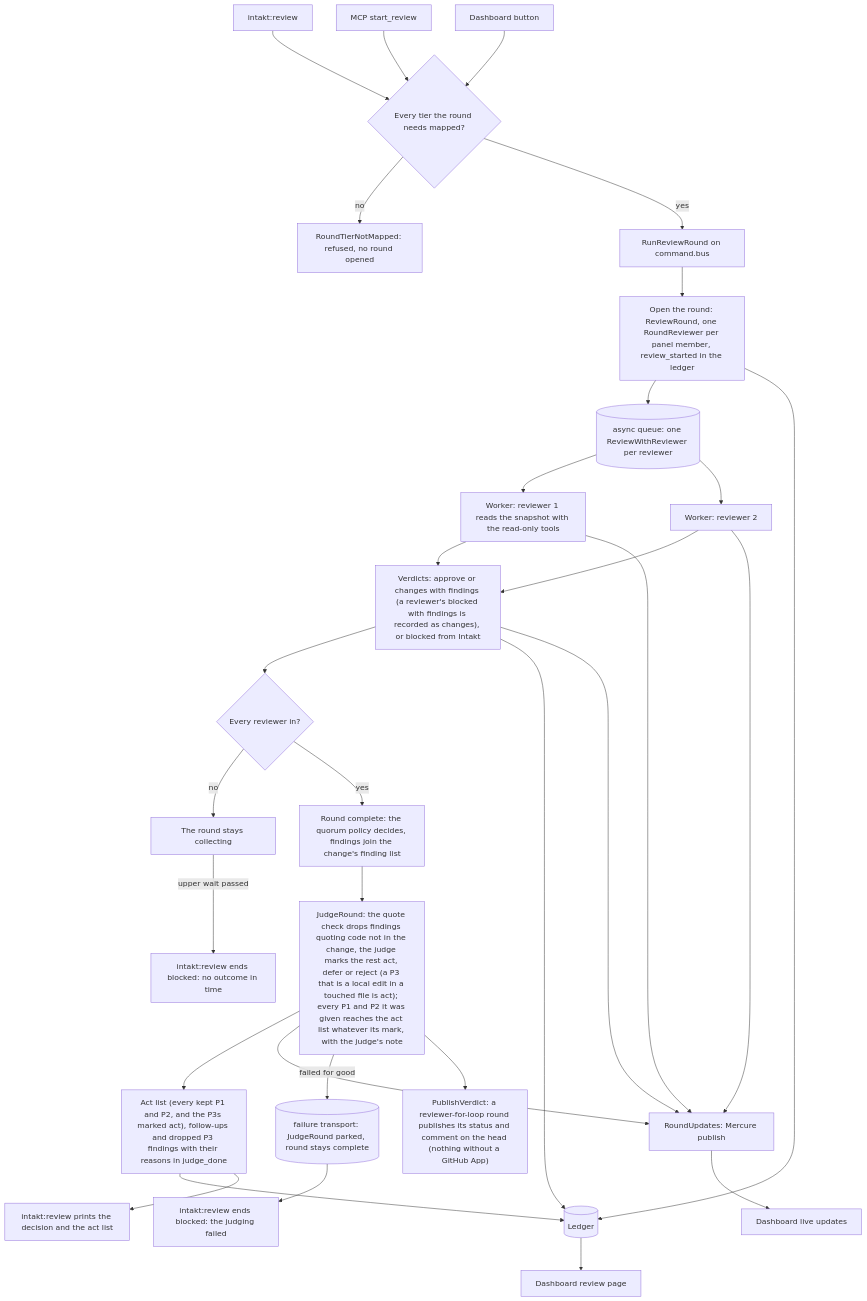
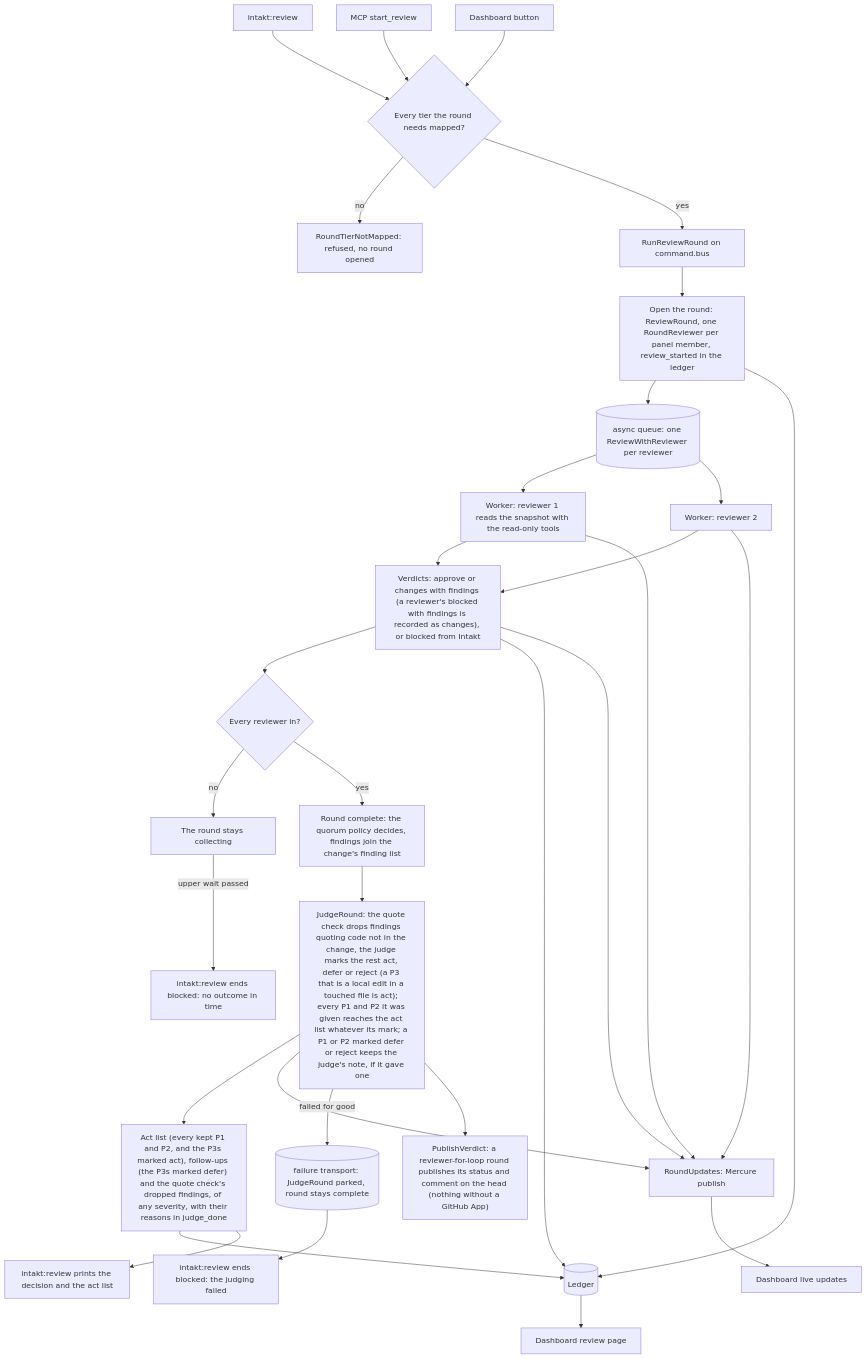
One commit to shinyredapples/intakt changed the diagram in docs/architecture/review-flow.md. Above: the diagram before and after it, drawn with Mermaid.

Commit message:
docs(review): say which findings get a drop reason or a judge note in the review flow

````diff
--- a/docs/architecture/review-flow.md
+++ b/docs/architecture/review-flow.md
@@ -5,32 +5,32 @@
 ```mermaid
 flowchart TD
     cli["intakt:review"] --> start
     mcp["MCP start_review"] --> start
     btn["Dashboard button"] --> start
     start{"Every tier the round needs mapped?"} -->|no| refused["RoundTierNotMapped: refused, no round opened"]
     start -->|yes| run["RunReviewRound on command.bus"] --> open["Open the round: ReviewRound, one RoundReviewer per panel member, review_started in the ledger"]
     open --> queue[("async queue: one ReviewWithReviewer per reviewer")]
     queue --> w1["Worker: reviewer 1 reads the snapshot with the read-only tools"]
     queue --> w2["Worker: reviewer 2"]
     w1 --> verdicts["Verdicts: approve or changes with findings (a reviewer's blocked with findings is recorded as changes), or blocked from Intakt"]
     w2 --> verdicts
     verdicts --> complete{"Every reviewer in?"}
     complete -->|no| wait["The round stays collecting"]
     complete -->|yes| quorum["Round complete: the quorum policy decides, findings join the change's finding list"]
-    quorum --> judge["JudgeRound: the quote check drops findings quoting code not in the change, the judge marks the rest act, defer or reject (a P3 that is a local edit in a touched file is act); every P1 and P2 it was given reaches the act list whatever its mark, with the judge's note"]
-    judge --> act["Act list (every kept P1 and P2, and the P3s marked act), follow-ups and dropped P3 findings with their reasons in judge_done"]
+    quorum --> judge["JudgeRound: the quote check drops findings quoting code not in the change, the judge marks the rest act, defer or reject (a P3 that is a local edit in a touched file is act); every P1 and P2 it was given reaches the act list whatever its mark; a P1 or P2 marked defer or reject keeps the judge's note, if it gave one"]
+    judge --> act["Act list (every kept P1 and P2, and the P3s marked act), follow-ups (the P3s marked defer) and the quote check's dropped findings, of any severity, with their reasons in judge_done"]
     act --> ledger[("Ledger")]
     open --> ledger
     verdicts --> ledger
     ledger --> dash["Dashboard review page"]
     w1 --> updates["RoundUpdates: Mercure publish"]
     w2 --> updates
     verdicts --> updates
     judge --> updates
     updates --> live["Dashboard live updates"]
     act --> out["intakt:review prints the decision and the act list"]
     judge -->|failed for good| failed[("failure transport: JudgeRound parked, round stays complete")]
     failed --> outFailed["intakt:review ends blocked: the judging failed"]
     wait -->|upper wait passed| outLate["intakt:review ends blocked: no outcome in time"]
     judge --> publish["PublishVerdict: a reviewer-for-loop round publishes its status and comment on the head (nothing without a GitHub App)"]
 ```
````
